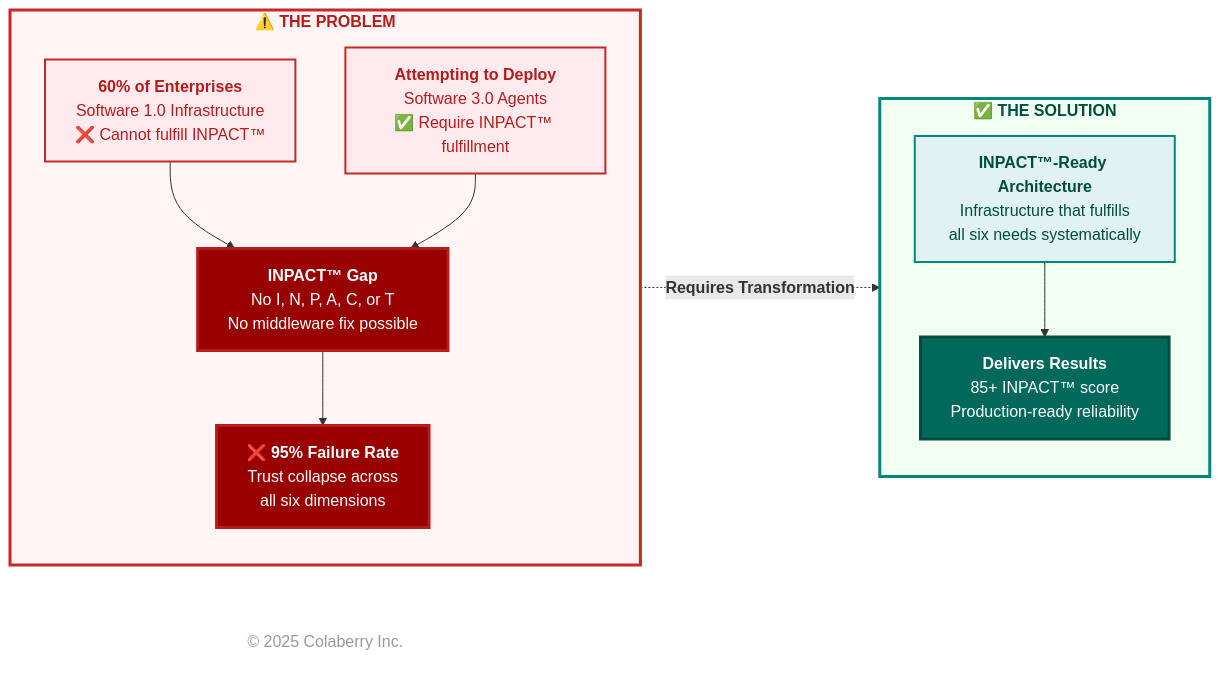
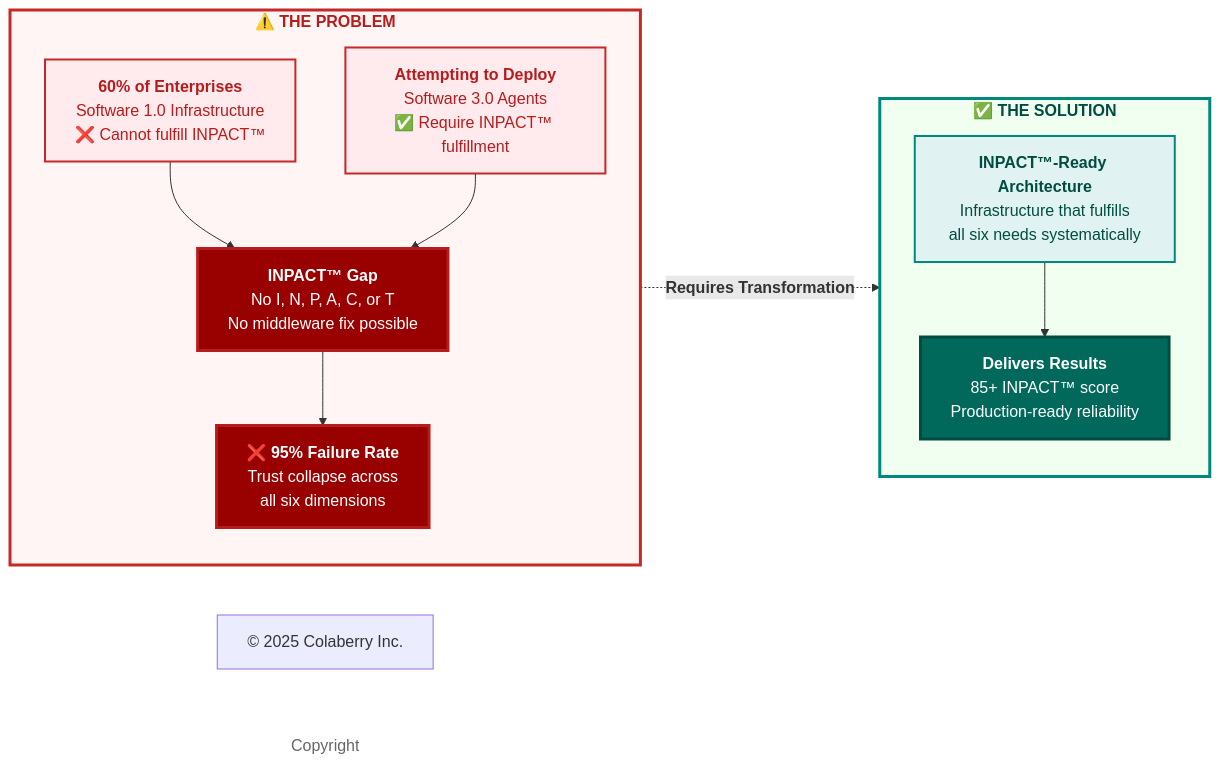
One commit to saitejesh-cyber/trust-before-intelligence-book changed the third of 5 diagrams in manuscript/chapter_1_why_agents_fail_v3_0.md. Above: the diagram before and after it, drawn with Mermaid. The commit also changed other lines of this file and 6 other files, not shown here.

````diff
--- a/manuscript/chapter_1_why_agents_fail_v3_0.md
+++ b/manuscript/chapter_1_why_agents_fail_v3_0.md
@@ -467,43 +467,43 @@
 ```mermaid
 graph LR
     subgraph challenge["<b>⚠️  THE PROBLEM</b>"]
         direction TB
         
         current["<b>60% of Enterprises</b><br/>Software 1.0 Infrastructure<br/>❌ Cannot fulfill INPACT™"]
         
         attempting["<b>Attempting to Deploy</b><br/>Software 3.0 Agents<br/>✅ Require INPACT™ fulfillment"]
         
         gap["<b>INPACT™ Gap</b><br/>No I, N, P, A, C, or T<br/>No middleware fix possible"]
         
         result["<b>❌ 95% Failure Rate</b><br/>Trust collapse across<br/>all six dimensions"]
         
         current --> gap
         attempting --> gap
         gap --> result
     end
     
     subgraph solution["<b>✅  THE SOLUTION</b>"]
         direction TB
         
         transform["<b>INPACT™-Ready Architecture</b><br/>Infrastructure that fulfills<br/>all six needs systematically"]
         
         delivers["<b>Delivers Results</b><br/>85+ INPACT™ score<br/>Production-ready reliability"]
         
         transform --> delivers
     end
     
     result -.->|"<b>Requires Transformation</b>"| transform
 
     style challenge fill:#fff5f5,stroke:#c62828,stroke-width:3px,color:#b71c1c
     style current fill:#ffebee,stroke:#c62828,stroke-width:2px,color:#b71c1c
     style attempting fill:#ffebee,stroke:#c62828,stroke-width:2px,color:#b71c1c
     style gap fill:#990000,color:#ffffff,stroke:#b71c1c,stroke-width:3px
     style result fill:#990000,color:#ffffff,stroke:#b71c1c,stroke-width:3px
     
     style solution fill:#f0fff0,stroke:#00897b,stroke-width:3px,color:#004d40
     style transform fill:#e0f2f1,stroke:#00897b,stroke-width:2px,color:#004d40
     style delivers fill:#00695c,color:#ffffff,stroke:#004d40,stroke-width:3px
 
     CR["© 2025 Colaberry Inc."]
-    style CR fill:none,stroke:none,color:#999999
+    style Copyright fill:#ffffff,stroke:none,color:#666666
 ```
````
